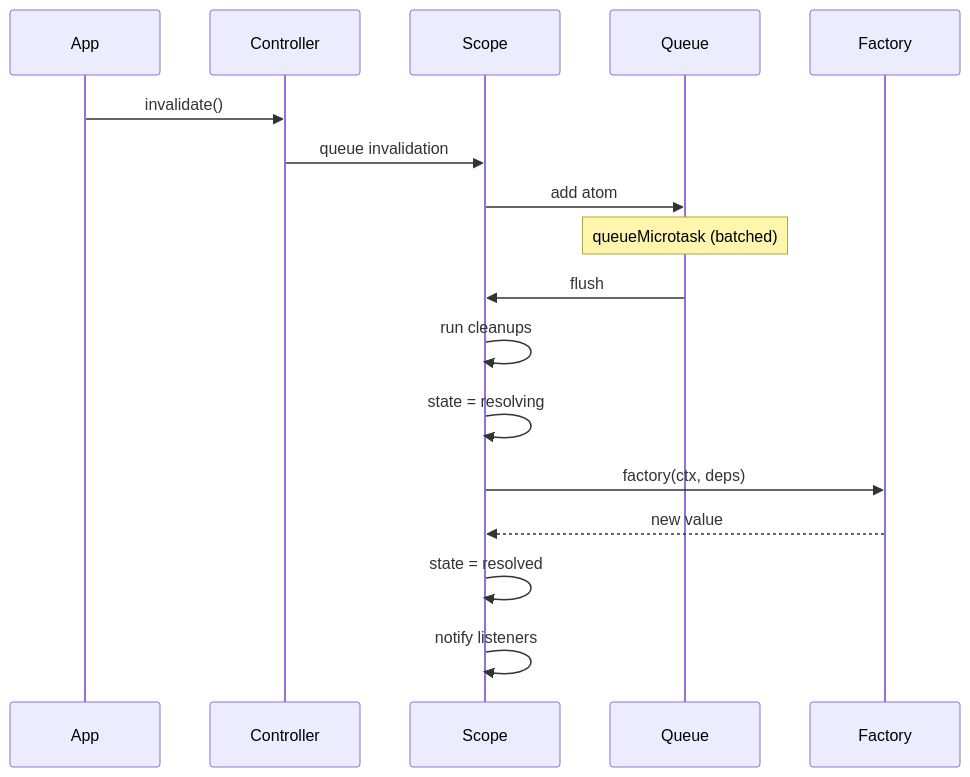
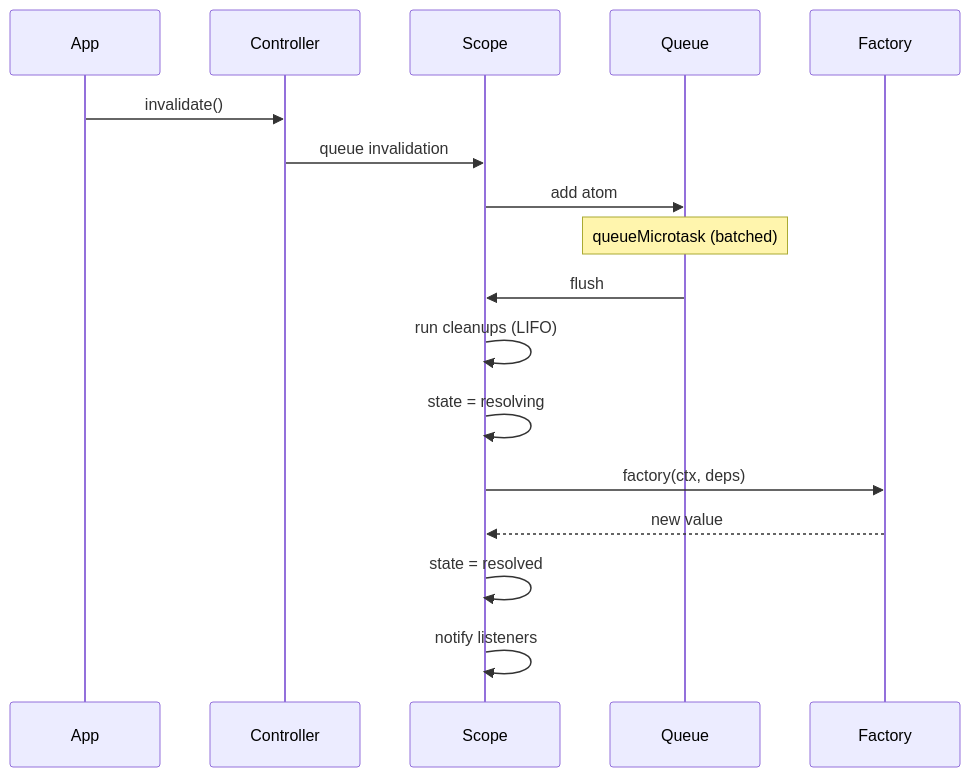
The third of 3 diagrams in packages/lite/README.md (pumped-fn/pumped-fn), drawn with Mermaid before and after one commit. The commit also changed other lines of this file and 1 other file, not shown here.

````diff
--- a/packages/lite/README.md
+++ b/packages/lite/README.md
@@ -133,22 +535,22 @@
 ```mermaid
 sequenceDiagram
     participant App
     participant Controller
     participant Scope
     participant Queue
     participant Factory
 
     App->>Controller: invalidate()
     Controller->>Scope: queue invalidation
     Scope->>Queue: add atom
 
     Note over Queue: queueMicrotask (batched)
 
     Queue->>Scope: flush
-    Scope->>Scope: run cleanups
+    Scope->>Scope: run cleanups (LIFO)
     Scope->>Scope: state = resolving
     Scope->>Factory: factory(ctx, deps)
     Factory-->>Scope: new value
     Scope->>Scope: state = resolved
     Scope->>Scope: notify listeners
 ```
````
